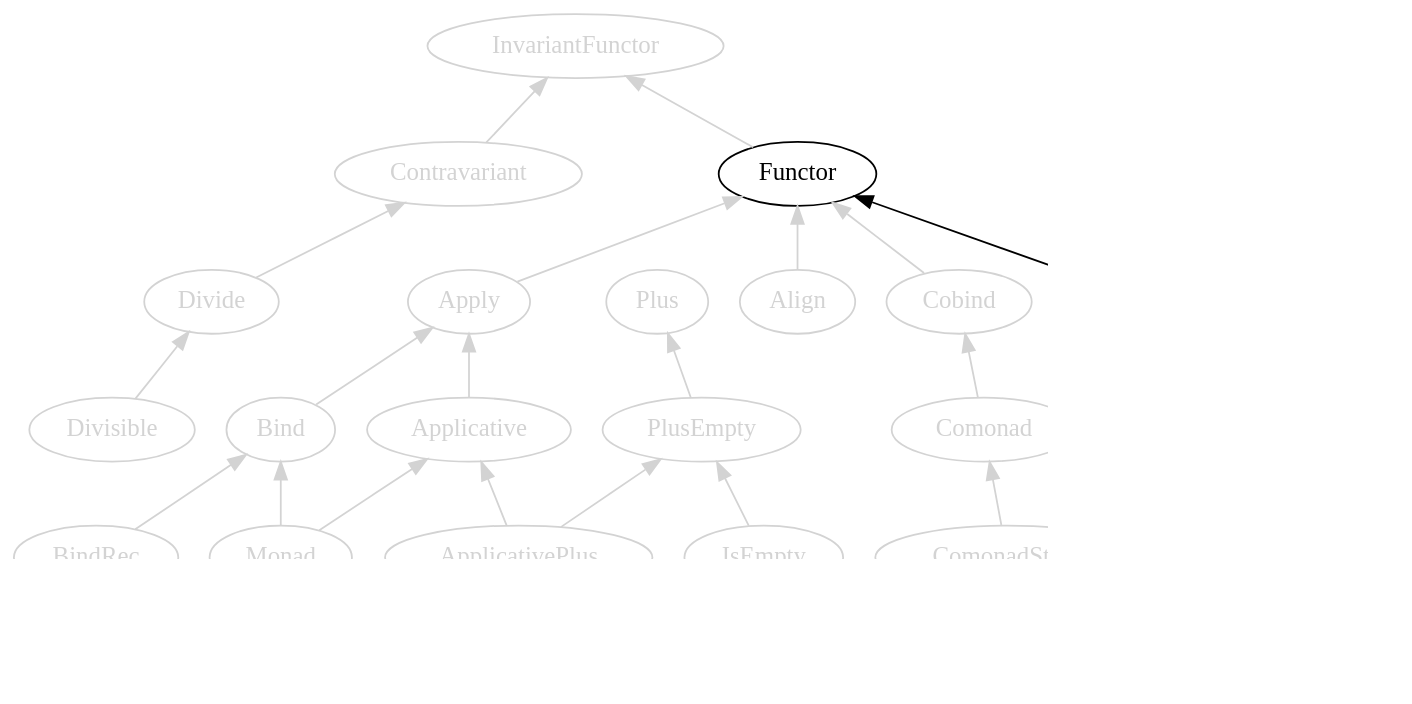
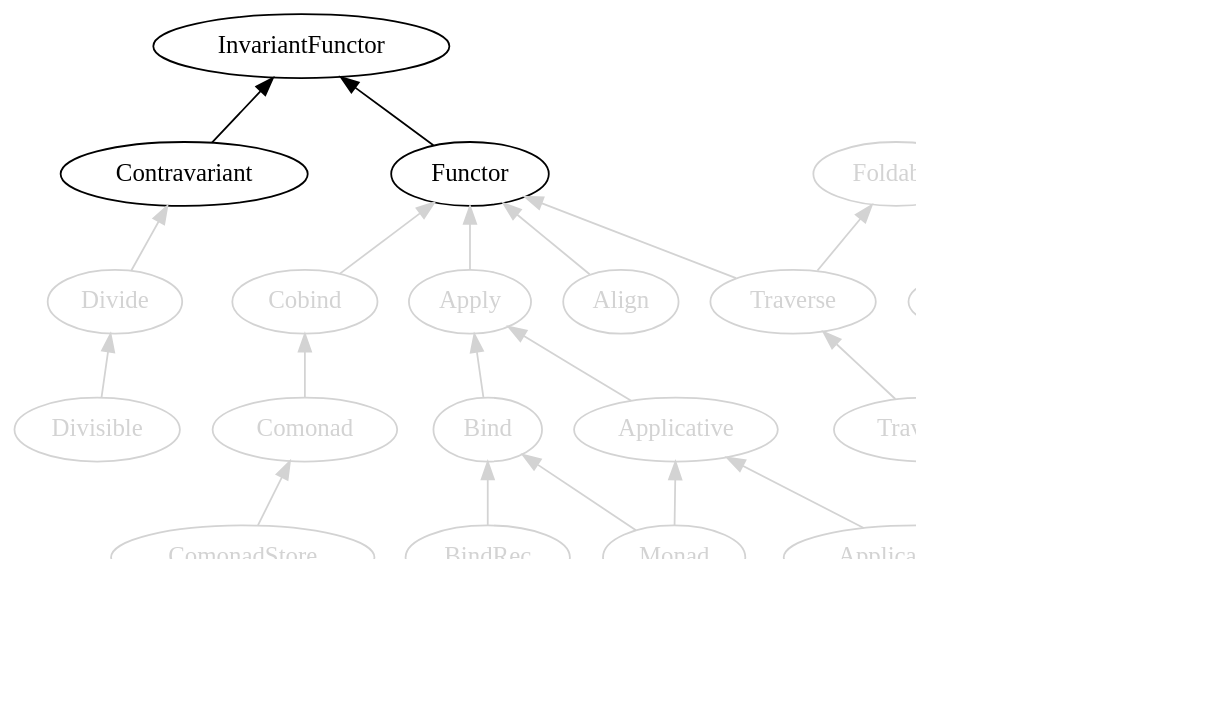
The eighth of 10 diagrams in manuscript/book.org (fommil/fpmortals), drawn with Graphviz before and after one commit. The commit also changed other lines of this file and 5 other files, not shown here.

Commit message:
applicative and monad

```diff
--- a/manuscript/book.org
+++ b/manuscript/book.org
@@ -3474,48 +4056,50 @@
-#+BEGIN_SRC dot :file images/scalaz-mappable.png :exports results
+#+BEGIN_SRC dot :file images/scalaz-variance.png :exports results
 digraph G {
     graph [dpi=100, rankdir=BT];
     node [fontname=Hack];
 
     subgraph mappable {
-      Foldable1 -> Foldable
-      Traverse -> Functor
-      Traverse -> Foldable
-      Traverse1 -> Traverse
-      Traverse1 -> Foldable1
+      Contravariant -> InvariantFunctor;
+      Functor -> InvariantFunctor;
     }
 
     subgraph {
       node [fontcolor=lightgrey,color=lightgrey];
       edge [color=lightgrey];
 
-      Functor -> InvariantFunctor
-      Apply -> Functor
-      Applicative -> Apply
-      Align -> Functor
-      Bind -> Apply
+      Divide -> Contravariant;
+      Divisible -> Divide;
+      Apply -> Functor;
 
-      Monad
-      "Advanced Monads" [style=dashed]
-      "Advanced Monads" -> Monad
+      Foldable1 -> Foldable;
+      Traverse -> Functor;
+      Traverse -> Foldable;
+      Traverse1 -> Traverse;
+      Traverse1 -> Foldable1;
 
-      Monad -> Applicative
-      Monad -> Bind
+      Applicative -> Apply;
+      Align -> Functor;
+      Bind -> Apply;
+      Monad;
 
-      Contravariant -> InvariantFunctor
-      Divide -> Contravariant
-      Divisible -> Divide
-      Cobind -> Functor
-      Comonad -> Cobind
+      "Advanced Monads" [style=dashed];
+      "Advanced Monads" -> Monad;
 
-      PlusEmpty -> Plus
-      IsEmpty -> PlusEmpty
+      Monad -> Applicative;
+      Monad -> Bind;
 
-      ApplicativePlus -> Applicative
-      ApplicativePlus -> PlusEmpty
+      Cobind -> Functor;
+      Comonad -> Cobind;
 
-      ComonadStore -> Comonad
+      PlusEmpty -> Plus;
+      IsEmpty -> PlusEmpty;
 
-      BindRec -> Bind
+      ApplicativePlus -> Applicative;
+      ApplicativePlus -> PlusEmpty;
+
+      ComonadStore -> Comonad;
+
+      BindRec -> Bind;
     }
 }
 #+END_SRC
```
